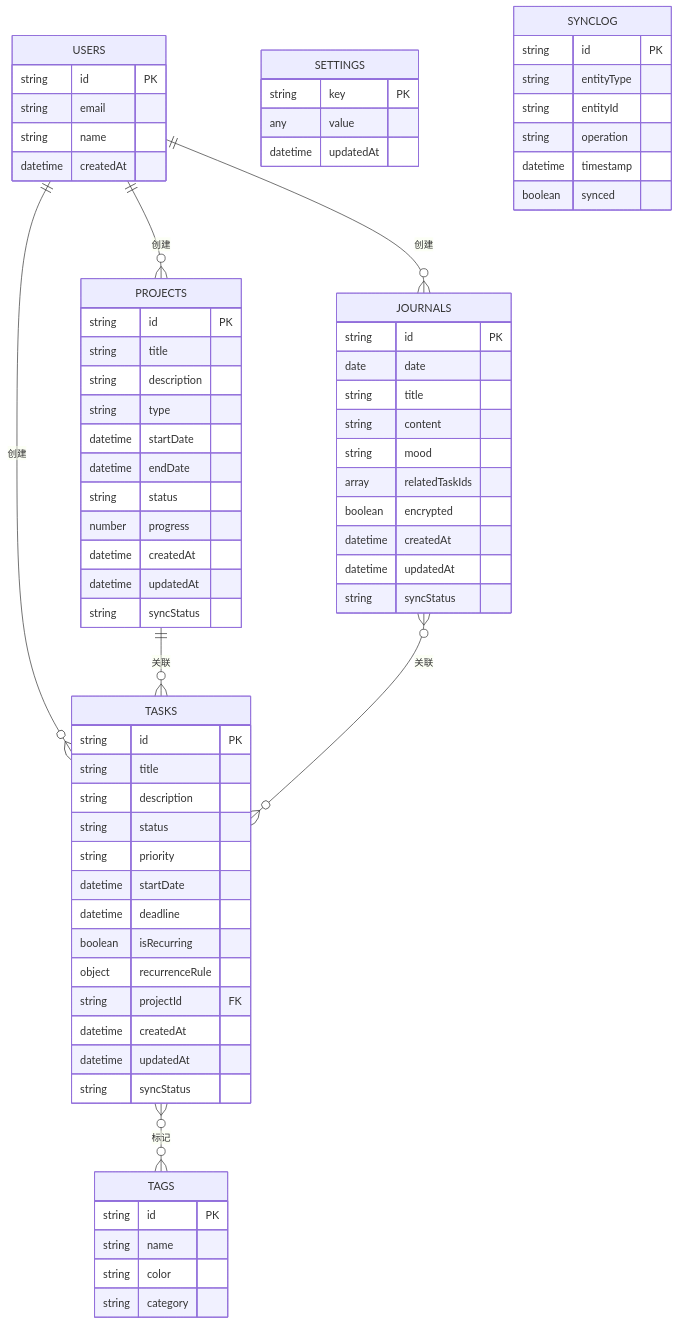
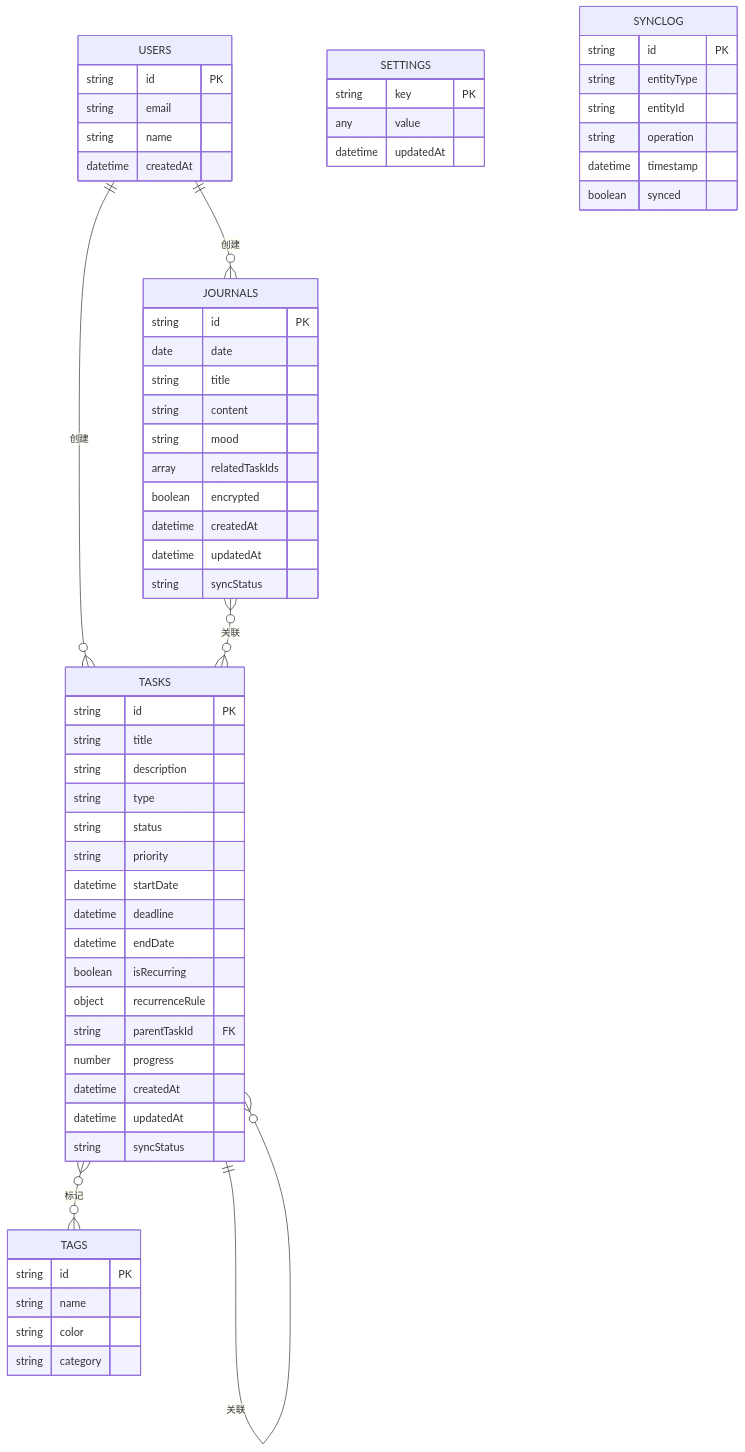
The fourth of 12 diagrams in docs/技术架构图.md (ConradZhangcong/one-day), drawn with Mermaid before and after one commit. The commit also changed other lines of this file and 26 other files, not shown here.

````diff
--- a/docs/技术架构图.md
+++ b/docs/技术架构图.md
@@ -205,81 +198,69 @@
 ```mermaid
 erDiagram
     USERS ||--o{ TASKS : "创建"
-    USERS ||--o{ PROJECTS : "创建"
     USERS ||--o{ JOURNALS : "创建"
-    PROJECTS ||--o{ TASKS : "关联"
+    TASKS ||--o{ TASKS : "关联"
     TASKS }o--o{ TAGS : "标记"
     JOURNALS }o--o{ TASKS : "关联"
     
     USERS {
         string id PK
         string email
         string name
         datetime createdAt
     }
     
     TASKS {
         string id PK
         string title
         string description
+        string type
         string status
         string priority
         datetime startDate
         datetime deadline
+        datetime endDate
         boolean isRecurring
         object recurrenceRule
-        string projectId FK
-        datetime createdAt
-        datetime updatedAt
-        string syncStatus
-    }
-    
-    PROJECTS {
-        string id PK
-        string title
-        string description
-        string type
-        datetime startDate
-        datetime endDate
-        string status
+        string parentTaskId FK
         number progress
         datetime createdAt
         datetime updatedAt
         string syncStatus
     }
     
     JOURNALS {
         string id PK
         date date
         string title
         string content
         string mood
         array relatedTaskIds
         boolean encrypted
         datetime createdAt
         datetime updatedAt
         string syncStatus
     }
     
     TAGS {
         string id PK
         string name
         string color
         string category
     }
     
     SETTINGS {
         string key PK
         any value
         datetime updatedAt
     }
     
     SYNCLOG {
         string id PK
         string entityType
         string entityId
         string operation
         datetime timestamp
         boolean synced
     }
 ```
````
